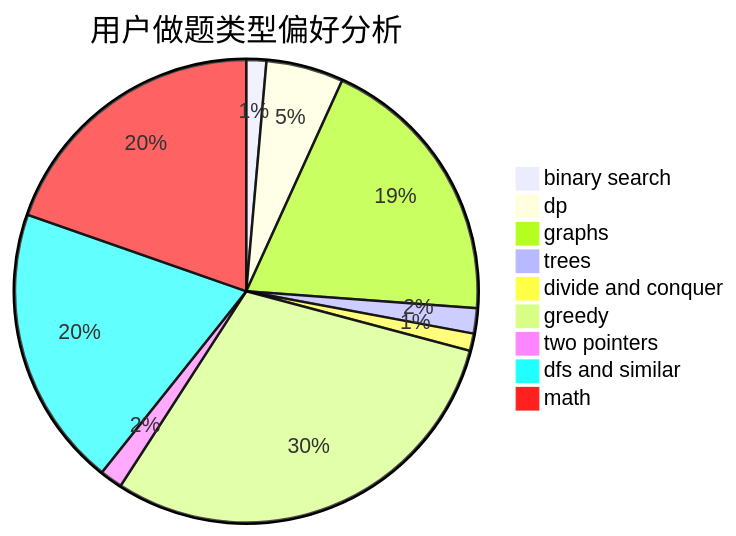
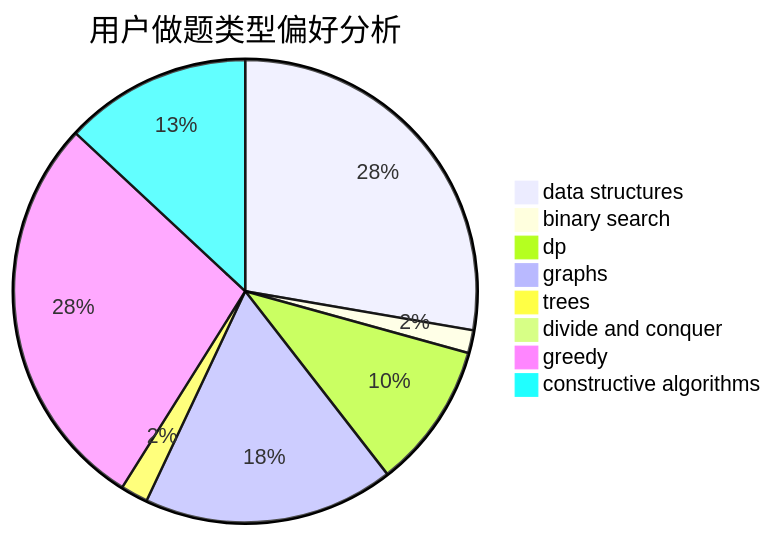
The second of 3 diagrams in docs/user/u362.md (sherpahu/cfrs.github.io), drawn with Mermaid before and after one commit. The commit also changed other lines of this file and 2775 other files, not shown here.

````diff
--- a/docs/user/u362.md
+++ b/docs/user/u362.md
@@ -23,12 +23,11 @@
 ```mermaid
 pie title 用户做题类型偏好分析
-    "binary search" :  15
-    "dp" :  58
-    "graphs" :  208
-    "trees" :  19
-    "divide and conquer" :  13
-    "greedy" :  322
-    "two pointers" :  17
-    "dfs and similar" :  211
-    "math" :  211
+    "data structures" :  87
+    "binary search" :  5
+    "dp" :  32
+    "graphs" :  55
+    "trees" :  6
+    "divide and conquer" :  0
+    "greedy" :  88
+    "constructive algorithms" :  41
 ```
````
